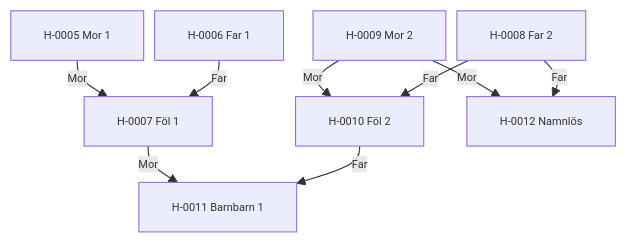
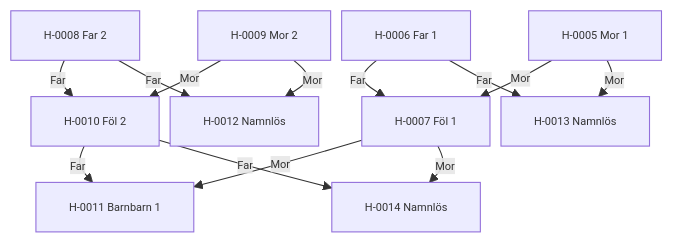
Before and after one commit to awoltmp/horse-registry: the diagram in content/02. Register/02.3 Stamtavlor/Stamtavla H-0005.md, drawn with Mermaid. The commit also changed other lines of this file and 47 other files, not shown here.

````diff
--- a/content/02. Register/02.3 Stamtavlor/Stamtavla H-0005.md
+++ b/content/02. Register/02.3 Stamtavlor/Stamtavla H-0005.md
@@ -26,21 +26,27 @@
 ```mermaid
 %%{init: {"flowchart": {"nodeSpacing": 10, "rankSpacing": 18, "curve": "basis", "htmlLabels": true}, "themeVariables": {"fontSize": "10px"}}}%%
 flowchart TB
     h0["H-0005 Mor 1"]
     h1["H-0006 Far 1"]
     h2["H-0007 Föl 1"]
     h3["H-0008 Far 2"]
     h4["H-0009 Mor 2"]
     h5["H-0010 Föl 2"]
     h6["H-0011 Barnbarn 1"]
     h7["H-0012 Namnlös"]
+    h8["H-0013 Namnlös"]
+    h9["H-0014 Namnlös"]
     h1 -->|Far| h2
     h0 -->|Mor| h2
     h3 -->|Far| h5
     h4 -->|Mor| h5
     h5 -->|Far| h6
     h2 -->|Mor| h6
     h3 -->|Far| h7
     h4 -->|Mor| h7
-    class h0,h1,h2,h3,h4,h5,h6,h7 internal-link;
+    h1 -->|Far| h8
+    h0 -->|Mor| h8
+    h5 -->|Far| h9
+    h2 -->|Mor| h9
+    class h0,h1,h2,h3,h4,h5,h6,h7,h8,h9 internal-link;
 ```
````
